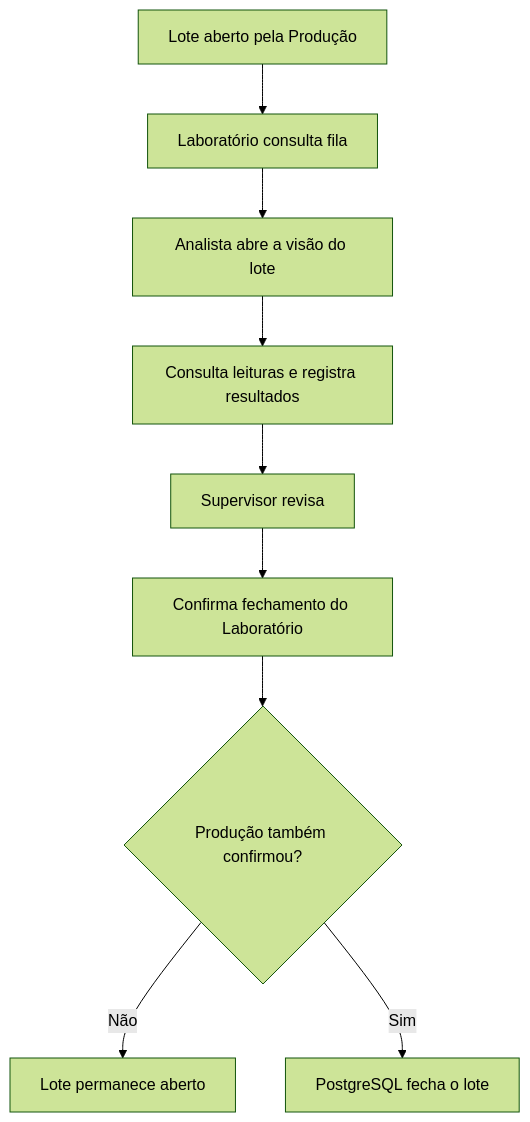
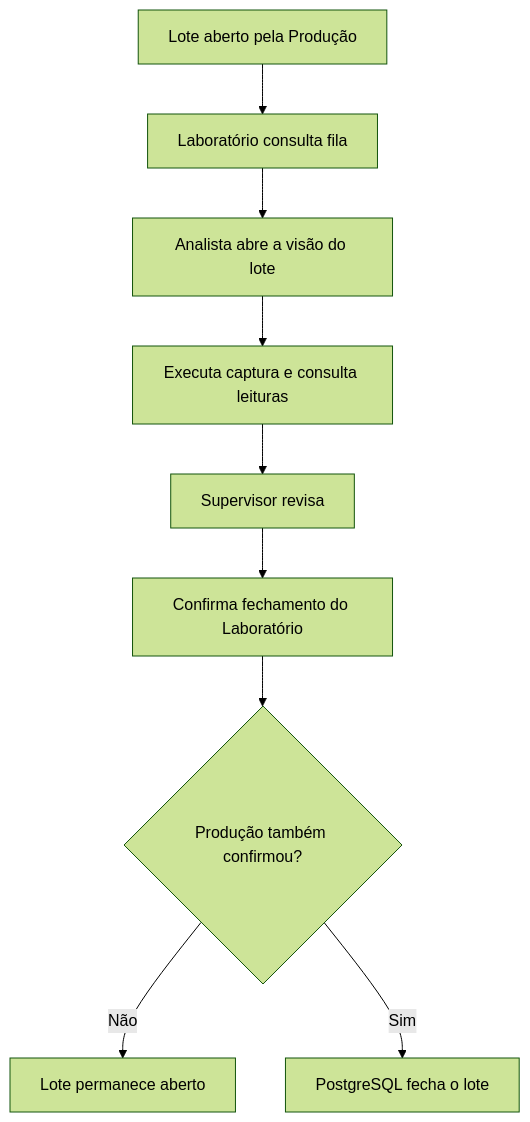
Before and after one commit to lenixeduardo/portus: the diagram in docs/PORTUS-LABORATORIO-SPEC.md, drawn with Mermaid (forest theme). The commit also changed other lines of this file, not shown here.

````diff
--- a/docs/PORTUS-LABORATORIO-SPEC.md
+++ b/docs/PORTUS-LABORATORIO-SPEC.md
@@ -66,11 +66,11 @@
 ```mermaid
 flowchart TD
   A["Lote aberto pela Produção"] --> B["Laboratório consulta fila"]
   B --> C["Analista abre a visão do lote"]
-  C --> D["Consulta leituras e registra resultados"]
+  C --> D["Executa captura e consulta leituras"]
   D --> E["Supervisor revisa"]
   E --> F["Confirma fechamento do Laboratório"]
   F --> G{"Produção também confirmou?"}
   G -->|Não| H["Lote permanece aberto"]
   G -->|Sim| I["PostgreSQL fecha o lote"]
 ```
````
